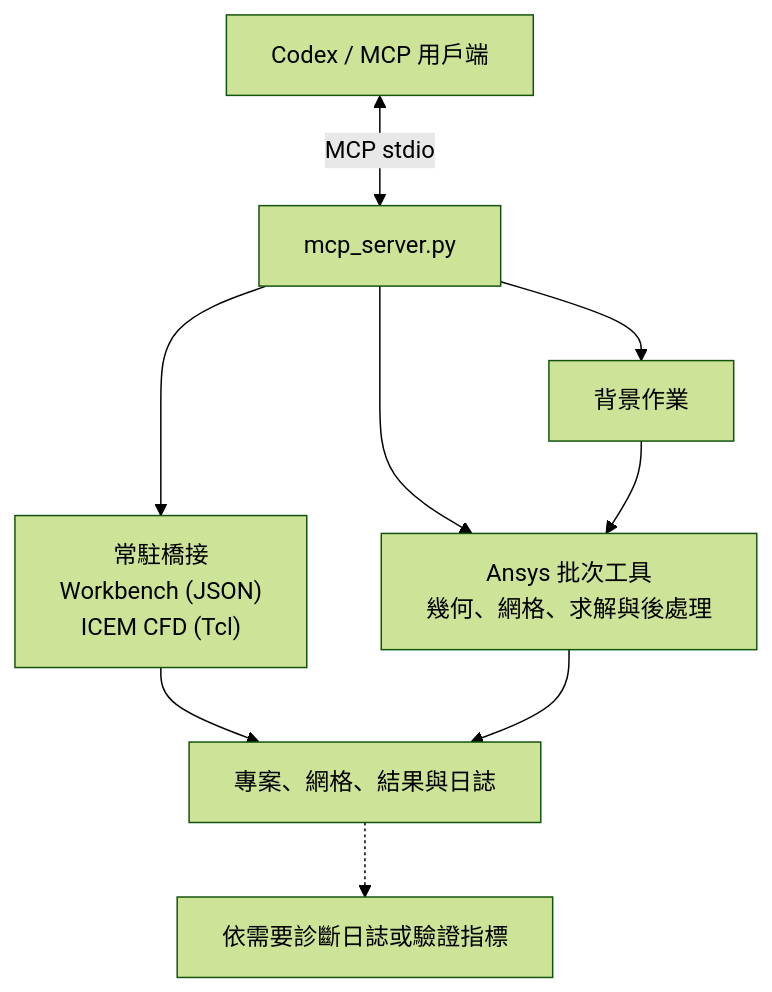
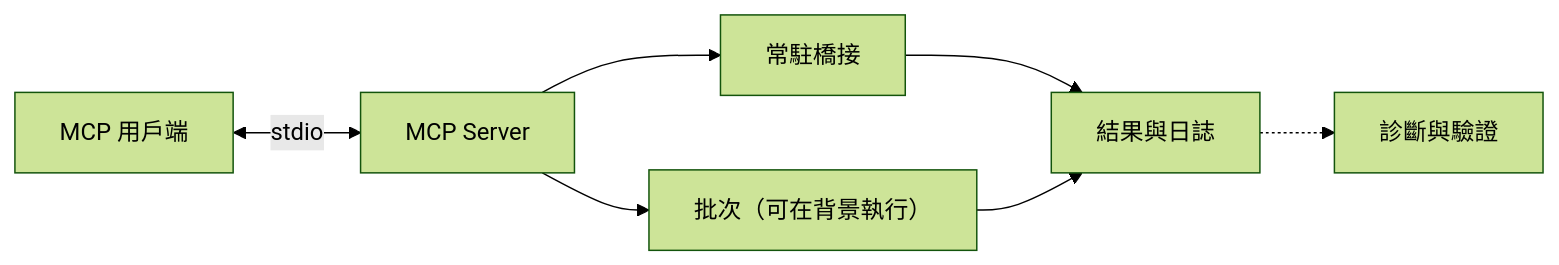
Before and after one commit to hongwenwang36-eng/ANSYS-Workbench-mcp: the diagram in README.zh-TW.md, drawn with Mermaid (forest theme). The commit also changed other lines of this file and 4 other files, not shown here.

Commit message:
docs: compact workflow diagrams and localize Fluent FSI example

````diff
--- a/README.zh-TW.md
+++ b/README.zh-TW.md
@@ -51,11 +53,9 @@
 ```mermaid
-flowchart TD
-    Client["Codex / MCP 用戶端"] <-->|MCP stdio| Server["mcp_server.py"]
-    Server --> Live["常駐橋接<br/>Workbench (JSON)<br/>ICEM CFD (Tcl)"]
-    Server --> Batch["Ansys 批次工具<br/>幾何、網格、求解與後處理"]
-    Server --> Jobs["背景作業"]
-    Jobs --> Batch
-    Live --> Output["專案、網格、結果與日誌"]
+flowchart LR
+    Client["MCP 用戶端"] <-->|stdio| Server["MCP Server"]
+    Server --> Live["常駐橋接"]
+    Server --> Batch["批次（可在背景執行）"]
+    Live --> Output["結果與日誌"]
     Batch --> Output
-    Output -.-> Checks["依需要診斷日誌或驗證指標"]
+    Output -.-> Checks["診斷與驗證"]
 ```
````
